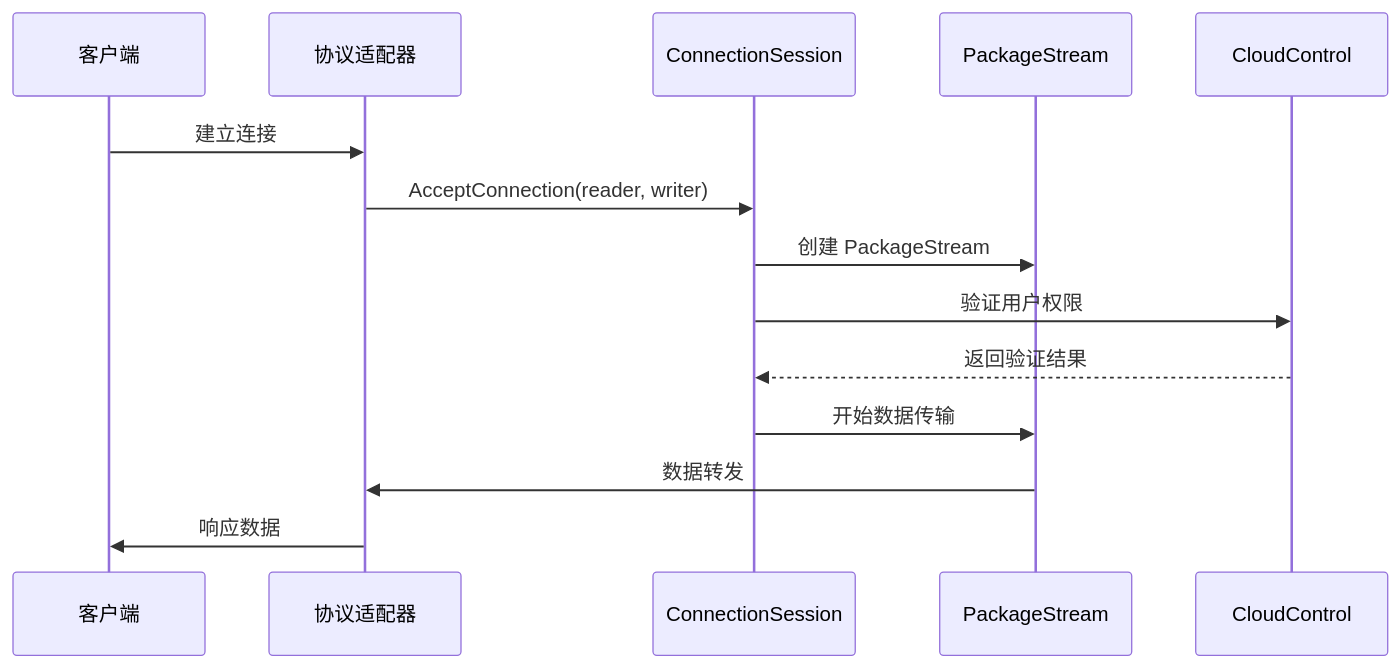
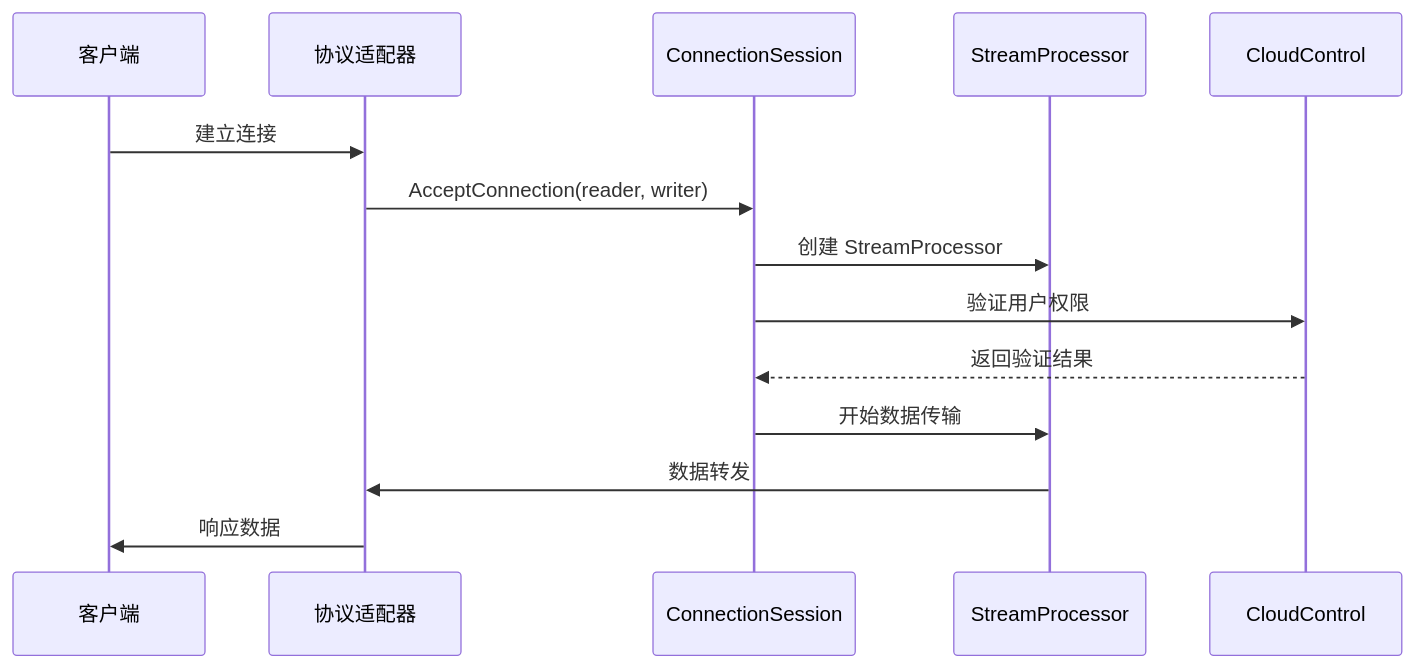
Before and after one commit to tunnox-net/tunnox-core: the third of 3 diagrams in docs/architecture.zh-CN.md, drawn with Mermaid. The commit also changed other lines of this file and 20 other files, not shown here.

First line of the commit message:
refactor: rename PackageStream to StreamProcessor and update related documentation

````diff
--- a/docs/architecture.zh-CN.md
+++ b/docs/architecture.zh-CN.md
@@ -265,17 +265,17 @@
 ```mermaid
 sequenceDiagram
     participant Client as 客户端
     participant Adapter as 协议适配器
     participant Session as ConnectionSession
-    participant Stream as PackageStream
+    participant Stream as StreamProcessor
     participant Cloud as CloudControl
     
     Client->>Adapter: 建立连接
     Adapter->>Session: AcceptConnection(reader, writer)
-    Session->>Stream: 创建 PackageStream
+    Session->>Stream: 创建 StreamProcessor
     Session->>Cloud: 验证用户权限
     Cloud-->>Session: 返回验证结果
     Session->>Stream: 开始数据传输
     Stream->>Adapter: 数据转发
     Adapter->>Client: 响应数据
 ```
````
